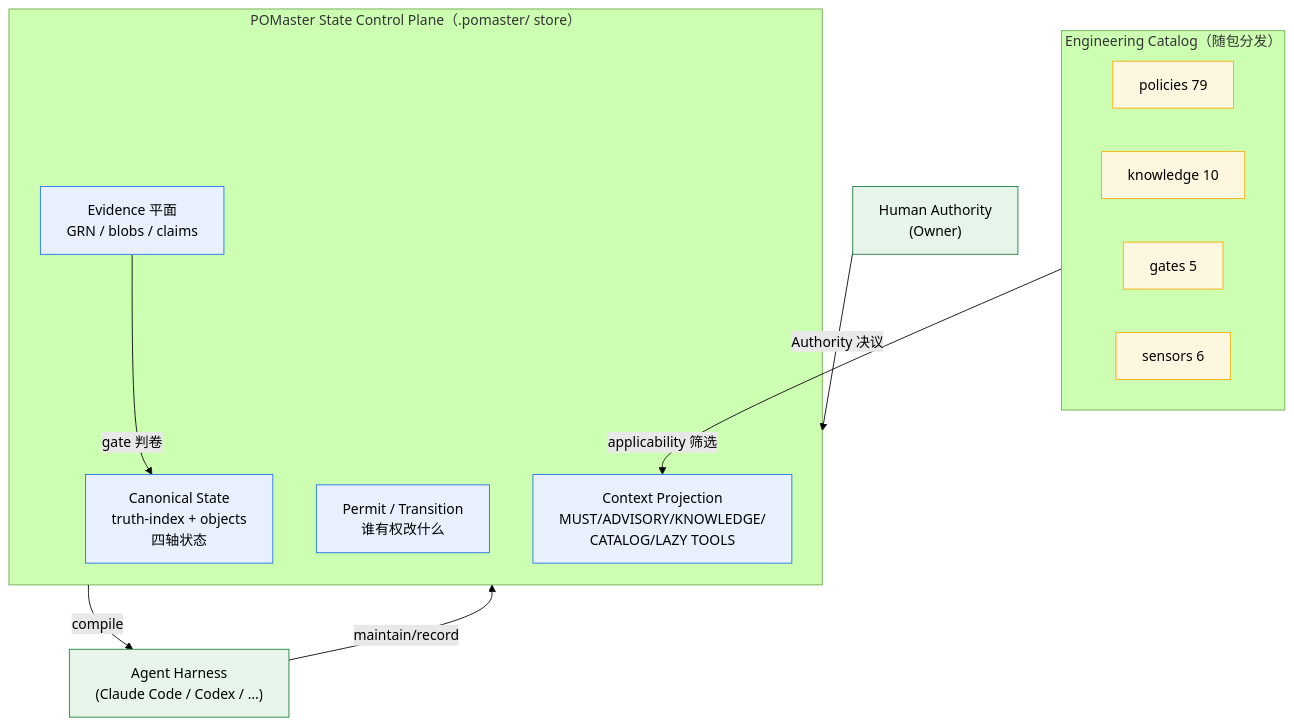
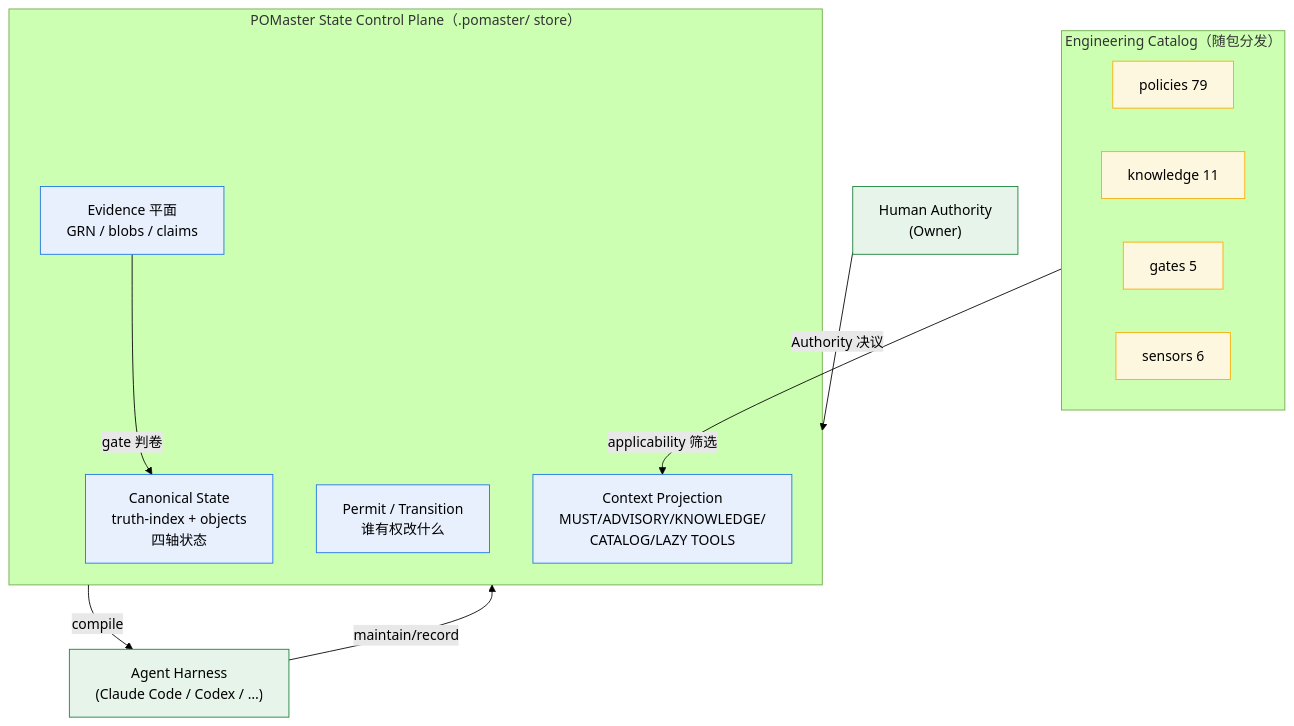
One commit to River-Singer/POMaster_VNext changed the first of 6 diagrams in README.md. Above: the diagram before and after it, drawn with Mermaid (forest theme). The commit also changed 17 other files, not shown here.

````diff
--- a/README.md
+++ b/README.md
@@ -153,26 +153,26 @@
 ```mermaid
 flowchart TB
   subgraph PLANE["POMaster State Control Plane（.pomaster/ store）"]
     STATE["Canonical State<br/>truth-index + objects<br/>四轴状态"]:::core
     PERMIT["Permit / Transition<br/>谁有权改什么"]:::core
     EVI["Evidence 平面<br/>GRN / blobs / claims"]:::core
     PROJ["Context Projection<br/>MUST/ADVISORY/KNOWLEDGE/<br/>CATALOG/LAZY TOOLS"]:::core
   end
   subgraph CAT["Engineering Catalog（随包分发）"]
     POL["policies 79"]:::cat
-    KN["knowledge 10"]:::cat
+    KN["knowledge 11"]:::cat
     GT["gates 5"]:::cat
     SEN["sensors 6"]:::cat
   end
   AGENT["Agent Harness<br/>(Claude Code / Codex / …)"]:::ext
   HUMAN["Human Authority<br/>(Owner)"]:::ext
 
   HUMAN -- Authority 决议 --> PLANE
   PLANE -- compile --> AGENT
   AGENT -- maintain/record --> PLANE
   CAT -- applicability 筛选 --> PROJ
   EVI -- gate 判卷 --> STATE
   classDef core fill:#e8f0fe,stroke:#1a73e8
   classDef cat fill:#fef7e0,stroke:#f9ab00
   classDef ext fill:#e6f4ea,stroke:#188038
 ```
````
